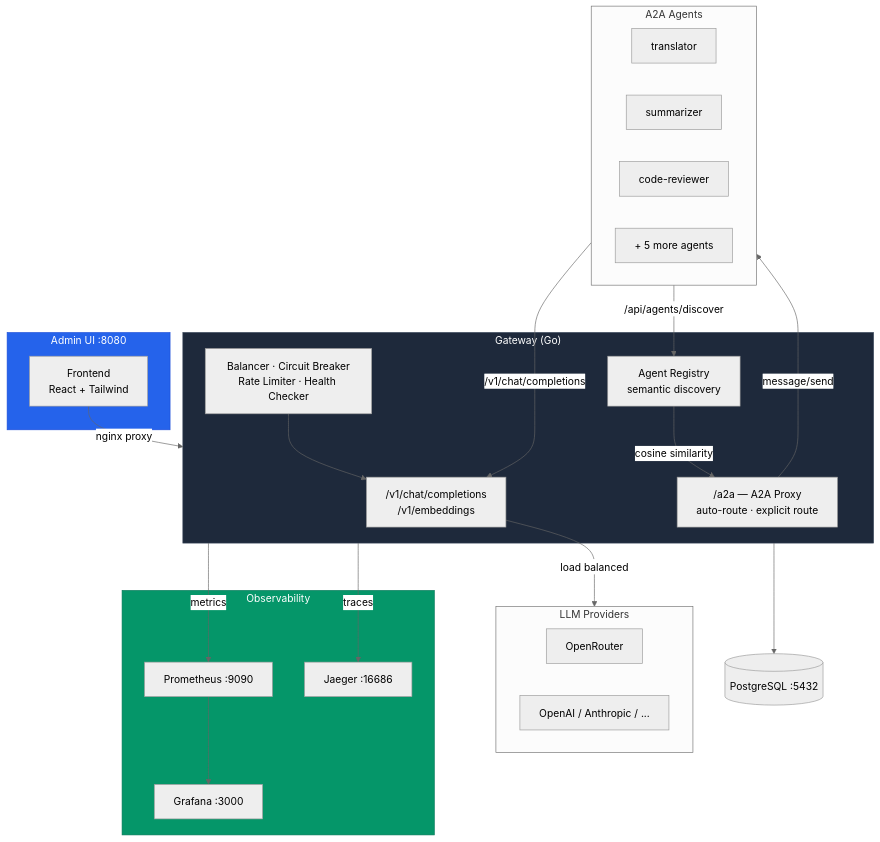
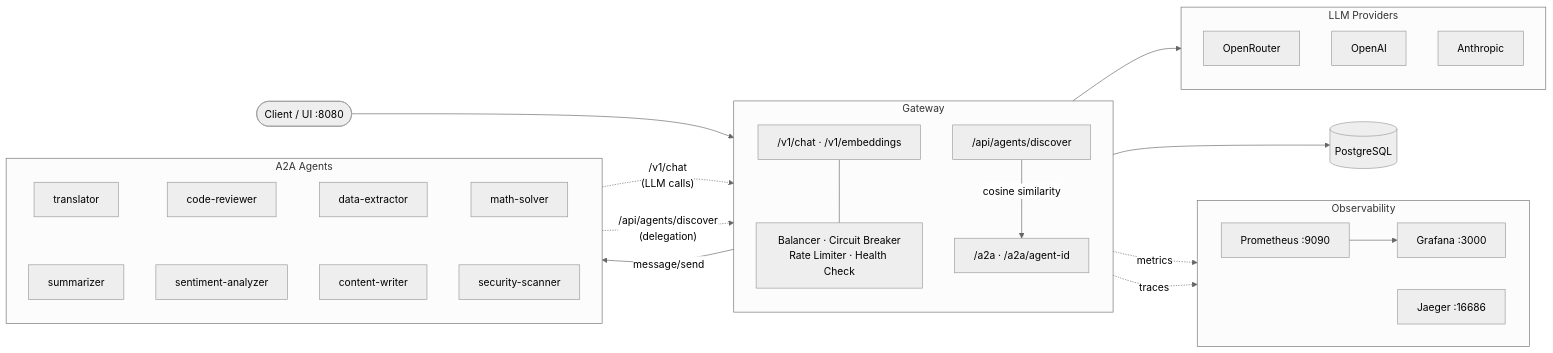
Before and after one commit to vladmsnk/ai-agents-platform: the diagram in README.md, drawn with Mermaid (neutral theme).

Commit message:
Improve architecture diagram with cleaner LR flowchart layout
- Left-to-right flow reads more naturally
- Solid lines for primary data flow, dotted for observability/callbacks
- Agent-to-gateway callbacks (LLM calls, delegation) shown as dotted lines
- All 8 agents listed in a compact grid
- Simpler subgroups without forced styling

````diff
--- a/README.md
+++ b/README.md
@@ -46,49 +46,45 @@
 ```mermaid
-graph TB
-    subgraph UI["Admin UI :8080"]
-        Frontend["Frontend<br/>React + Tailwind"]
+flowchart LR
+    Client([Client / UI :8080])
+
+    subgraph GW [Gateway]
+        direction TB
+        LLM["/v1/chat · /v1/embeddings"]
+        A2A["/a2a · /a2a/agent-id"]
+        Discover["/api/agents/discover"]
+        LB["Balancer · Circuit Breaker\nRate Limiter · Health Check"]
+        LLM --- LB
     end
 
-    subgraph Gateway["Gateway (Go)"]
-        Proxy["/v1/chat/completions<br/>/v1/embeddings"]
-        A2AProxy["/a2a — A2A Proxy<br/>auto-route · explicit route"]
-        Registry["Agent Registry<br/>semantic discovery"]
-        Balancer["Balancer · Circuit Breaker<br/>Rate Limiter · Health Checker"]
+    subgraph Providers [LLM Providers]
+        OR[OpenRouter]
+        OA[OpenAI]
+        AN[Anthropic]
     end
 
-    subgraph Providers["LLM Providers"]
-        OpenRouter["OpenRouter"]
-        Other["OpenAI / Anthropic / ..."]
+    subgraph Agents [A2A Agents]
+        direction TB
+        T[translator] ~~~ S[summarizer]
+        CR[code-reviewer] ~~~ SA[sentiment-analyzer]
+        DE[data-extractor] ~~~ CW[content-writer]
+        MS[math-solver] ~~~ SS[security-scanner]
     end
 
-    subgraph Agents["A2A Agents"]
-        A1["translator"]
-        A2["summarizer"]
-        A3["code-reviewer"]
-        AN["+ 5 more agents"]
+    DB[(PostgreSQL)]
+
+    subgraph Obs [Observability]
+        direction LR
+        P[Prometheus :9090] --> G[Grafana :3000]
+        J[Jaeger :16686]
     end
 
-    subgraph Observability
-        Prometheus["Prometheus :9090"]
-        Grafana["Grafana :3000"]
-        Jaeger["Jaeger :16686"]
-    end
-
-    DB[("PostgreSQL :5432")]
-
-    Frontend -->|nginx proxy| Gateway
-    Proxy -->|load balanced| Providers
-    A2AProxy -->|"message/send"| Agents
-    Registry -->|"cosine similarity"| A2AProxy
-    Balancer --> Proxy
-    Gateway --> DB
-    Gateway -->|metrics| Prometheus
-    Prometheus --> Grafana
-    Gateway -->|traces| Jaeger
-    Agents -->|"/v1/chat/completions"| Proxy
-    Agents -->|"/api/agents/discover"| Registry
-
-    style Gateway fill:#1e293b,stroke:#334155,color:#fff
-    style UI fill:#2563eb,stroke:#1d4ed8,color:#fff
-    style Observability fill:#059669,stroke:#047857,color:#fff
+    Client --> GW
+    LB --> Providers
+    A2A -- "message/send" --> Agents
+    Discover -- "cosine similarity" --> A2A
+    Agents -. "/v1/chat\n(LLM calls)" .-> LLM
+    Agents -. "/api/agents/discover\n(delegation)" .-> Discover
+    GW --> DB
+    GW -. "metrics" .-> P
+    GW -. "traces" .-> J
 ```
````
